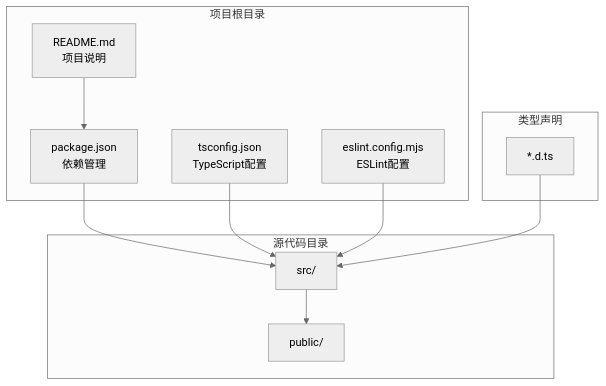
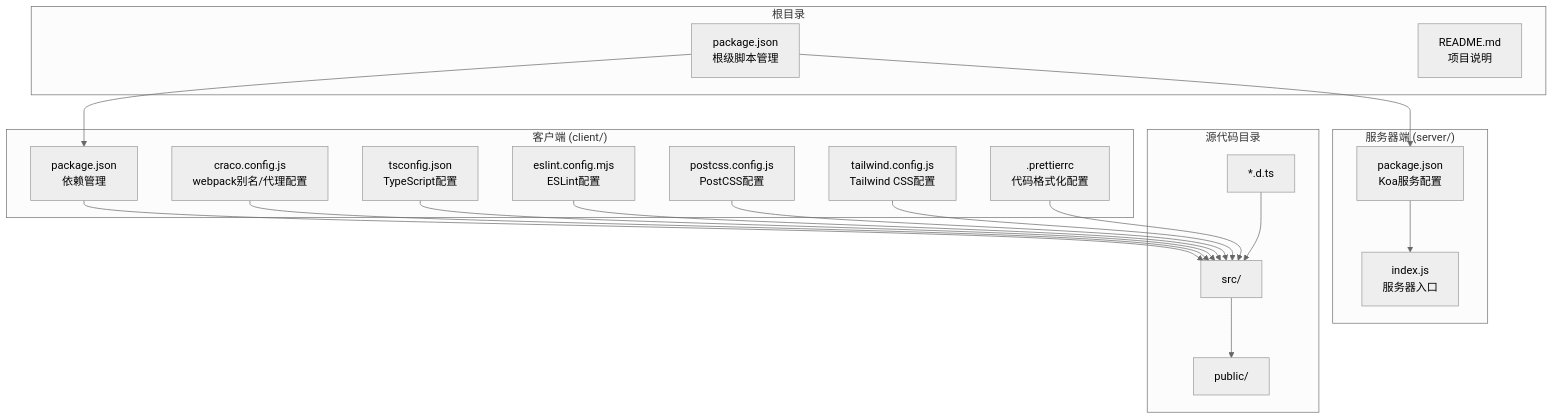
Before and after one commit to kkxxll/reactNext: the first of 5 diagrams in .qoder/repowiki/zh/content/项目结构/配置文件详解.md, drawn with Mermaid (neutral theme). The commit also changed other lines of this file and 12 other files, not shown here.

````diff
--- a/.qoder/repowiki/zh/content/项目结构/配置文件详解.md
+++ b/.qoder/repowiki/zh/content/项目结构/配置文件详解.md
@@ -33,22 +40,37 @@
 ```mermaid
 graph TB
-subgraph "项目根目录"
-A[package.json<br/>依赖管理]
-B[tsconfig.json<br/>TypeScript配置]
-C[eslint.config.mjs<br/>ESLint配置]
-D[README.md<br/>项目说明]
+subgraph "根目录"
+A[package.json<br/>根级脚本管理]
+B[README.md<br/>项目说明]
+end
+subgraph "客户端 (client/)"
+C[package.json<br/>依赖管理]
+D[craco.config.js<br/>webpack别名/代理配置]
+E[tsconfig.json<br/>TypeScript配置]
+F[eslint.config.mjs<br/>ESLint配置]
+G[postcss.config.js<br/>PostCSS配置]
+H[tailwind.config.js<br/>Tailwind CSS配置]
+I[.prettierrc<br/>代码格式化配置]
+end
+subgraph "服务器端 (server/)"
+J[package.json<br/>Koa服务配置]
+K[index.js<br/>服务器入口]
 end
 subgraph "源代码目录"
-E[src/]
-F[public/]
+L[src/]
+M[public/]
+N[*.d.ts]
 end
-subgraph "类型声明"
-G[*.d.ts]
-end
-A --> E
-B --> E
-C --> E
-D --> A
-E --> F
-G --> E
+A --> C
+A --> J
+C --> L
+J --> K
+D --> L
+E --> L
+F --> L
+G --> L
+H --> L
+I --> L
+L --> M
+N --> L
 ```
````
